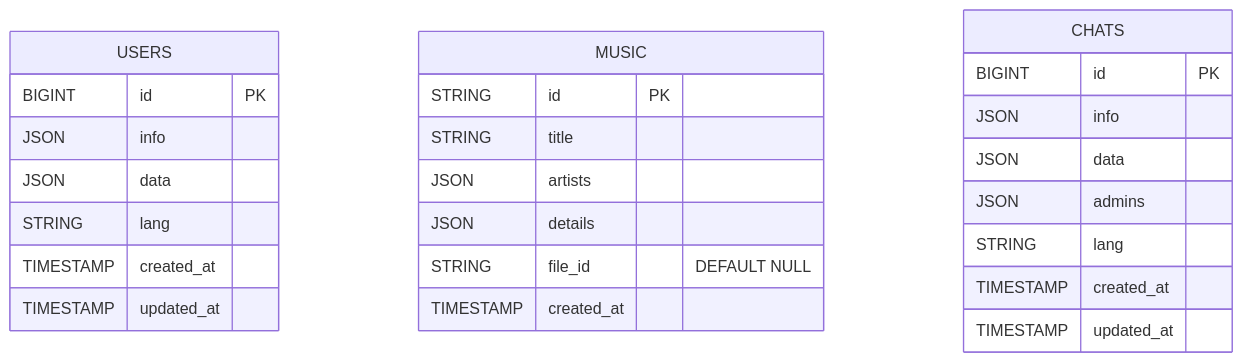
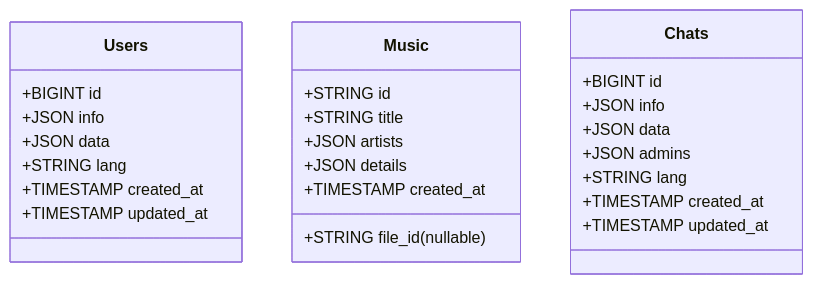
The diagram in README.md (Enalite/RippleButton-react), drawn with Mermaid before and after one commit.

````diff
--- a/README.md
+++ b/README.md
@@ -111,30 +111,30 @@
 ```mermaid
-erDiagram
-    USERS {
-        BIGINT id PK
-        JSON info
-        JSON data
-        STRING lang
-        TIMESTAMP created_at
-        TIMESTAMP updated_at
+classDiagram
+    class Users {
+        +BIGINT id
+        +JSON info
+        +JSON data
+        +STRING lang
+        +TIMESTAMP created_at
+        +TIMESTAMP updated_at
     }
-    
-    MUSIC {
-        STRING id PK
-        STRING title
-        JSON artists
-        JSON details
-        STRING file_id "DEFAULT NULL"
-        TIMESTAMP created_at
+
+    class Music {
+        +STRING id
+        +STRING title
+        +JSON artists
+        +JSON details
+        +STRING file_id (nullable)
+        +TIMESTAMP created_at
     }
-    
-    CHATS {
-        BIGINT id PK
-        JSON info
-        JSON data
-        JSON admins
-        STRING lang
-        TIMESTAMP created_at
-        TIMESTAMP updated_at
+
+    class Chats {
+        +BIGINT id
+        +JSON info
+        +JSON data
+        +JSON admins
+        +STRING lang
+        +TIMESTAMP created_at
+        +TIMESTAMP updated_at
     }
 ```
````
